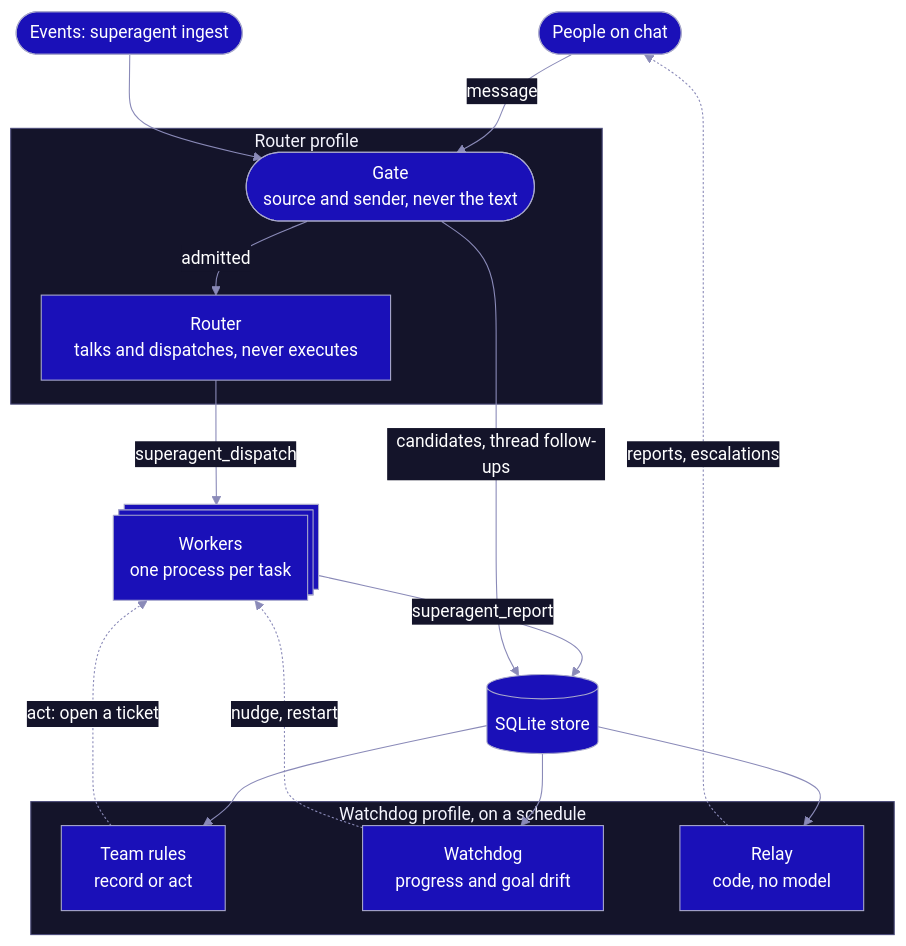
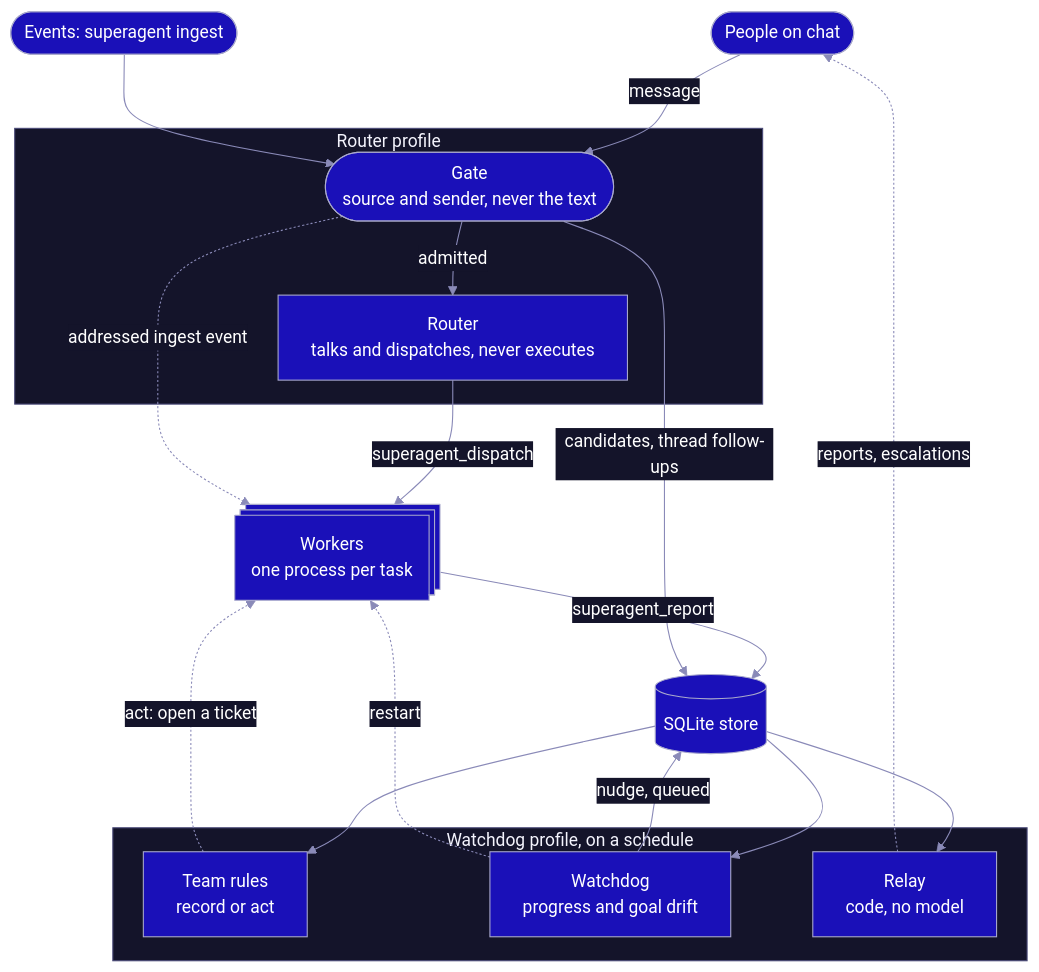
One commit to AirKyzzZ/hermes-superagent changed the first of 3 diagrams in README.md. Above: the diagram before and after it, drawn with Mermaid. The commit also changed other lines of this file and 1 other file, not shown here.

````diff
--- a/README.md
+++ b/README.md
@@ -49,33 +49,35 @@
 ```mermaid
 %%{init: {"theme":"base","layout":"dagre","flowchart":{"wrappingWidth":420,"nodeSpacing":36,"rankSpacing":44},"themeVariables":{"primaryColor":"#1a10b8","primaryTextColor":"#ffffff","primaryBorderColor":"#a9a9cc","lineColor":"#8a8ab8","textColor":"#ffffff","clusterBkg":"#14142a","clusterBorder":"#4a4a78","titleColor":"#f4f4fd","edgeLabelBackground":"#14142a"}}}%%
 flowchart TB
     people(["People on chat"])
     events(["Events: superagent ingest"])
 
     subgraph routerProfile["Router profile"]
         gate(["Gate<br/>source and sender, never the text"])
         router["Router<br/>talks and dispatches, never executes"]
     end
 
     workers@{ shape: procs, label: "Workers<br/>one process per task" }
     store[("SQLite store")]
 
     subgraph watchdogProfile["Watchdog profile, on a schedule"]
         rules["Team rules<br/>record or act"]
         watchdog["Watchdog<br/>progress and goal drift"]
         relay["Relay<br/>code, no model"]
     end
 
     people -->|message| gate
     events --> gate
     gate -->|admitted| router
     router -->|superagent_dispatch| workers
     workers -->|superagent_report| store
     gate -->|"candidates, thread follow-ups"| store
+    gate -.->|"addressed ingest event"| workers
     store --> rules
     store --> watchdog
     store --> relay
     rules -.->|"act: open a ticket"| workers
-    watchdog -.->|"nudge, restart"| workers
+    watchdog -->|"nudge, queued"| store
+    watchdog -.->|restart| workers
     relay -.->|"reports, escalations"| people
 ```
````
